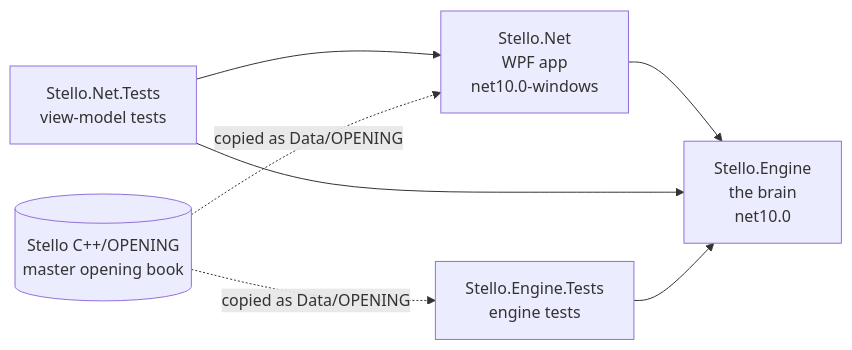
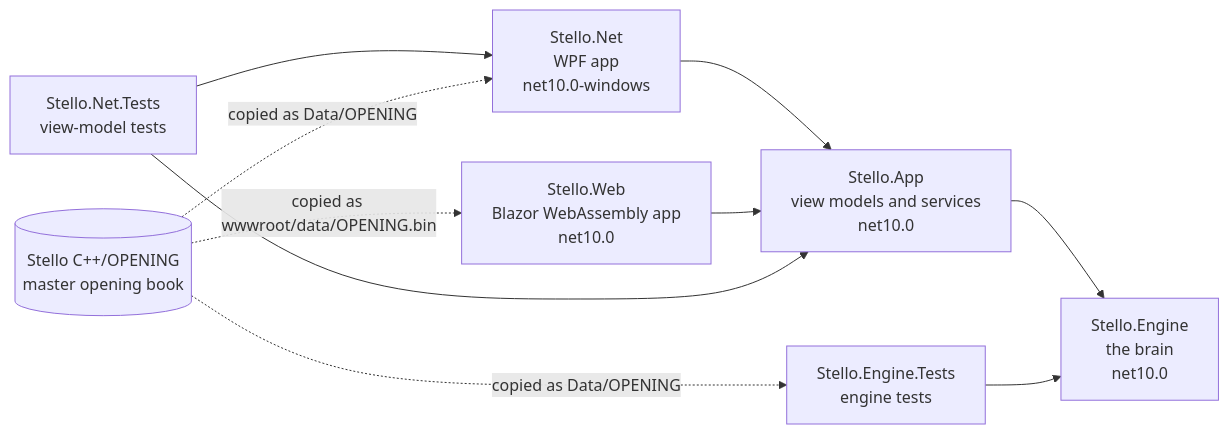
One commit to cjp-dev/Stello changed the first of 4 diagrams in docs/brain/01-overview.md. Above: the diagram before and after it, drawn with Mermaid. The commit also changed other lines of this file and 7 other files, not shown here.

````diff
--- a/docs/brain/01-overview.md
+++ b/docs/brain/01-overview.md
@@ -11,9 +11,12 @@
 ```mermaid
 flowchart LR
-    App["Stello.Net<br/>WPF app<br/>net10.0-windows"] --> Engine["Stello.Engine<br/>the brain<br/>net10.0"]
-    AppTests["Stello.Net.Tests<br/>view-model tests"] --> App
-    AppTests --> Engine
+    Wpf["Stello.Net<br/>WPF app<br/>net10.0-windows"] --> Shared["Stello.App<br/>view models and services<br/>net10.0"]
+    Web["Stello.Web<br/>Blazor WebAssembly app<br/>net10.0"] --> Shared
+    Shared --> Engine["Stello.Engine<br/>the brain<br/>net10.0"]
+    AppTests["Stello.Net.Tests<br/>view-model tests"] --> Wpf
+    AppTests --> Shared
     EngineTests["Stello.Engine.Tests<br/>engine tests"] --> Engine
-    Book[("Stello C++/OPENING<br/>master opening book")] -. "copied as Data/OPENING" .-> App
+    Book[("Stello C++/OPENING<br/>master opening book")] -. "copied as Data/OPENING" .-> Wpf
     Book -. "copied as Data/OPENING" .-> EngineTests
+    Book -. "copied as wwwroot/data/OPENING.bin" .-> Web
 ```
````
